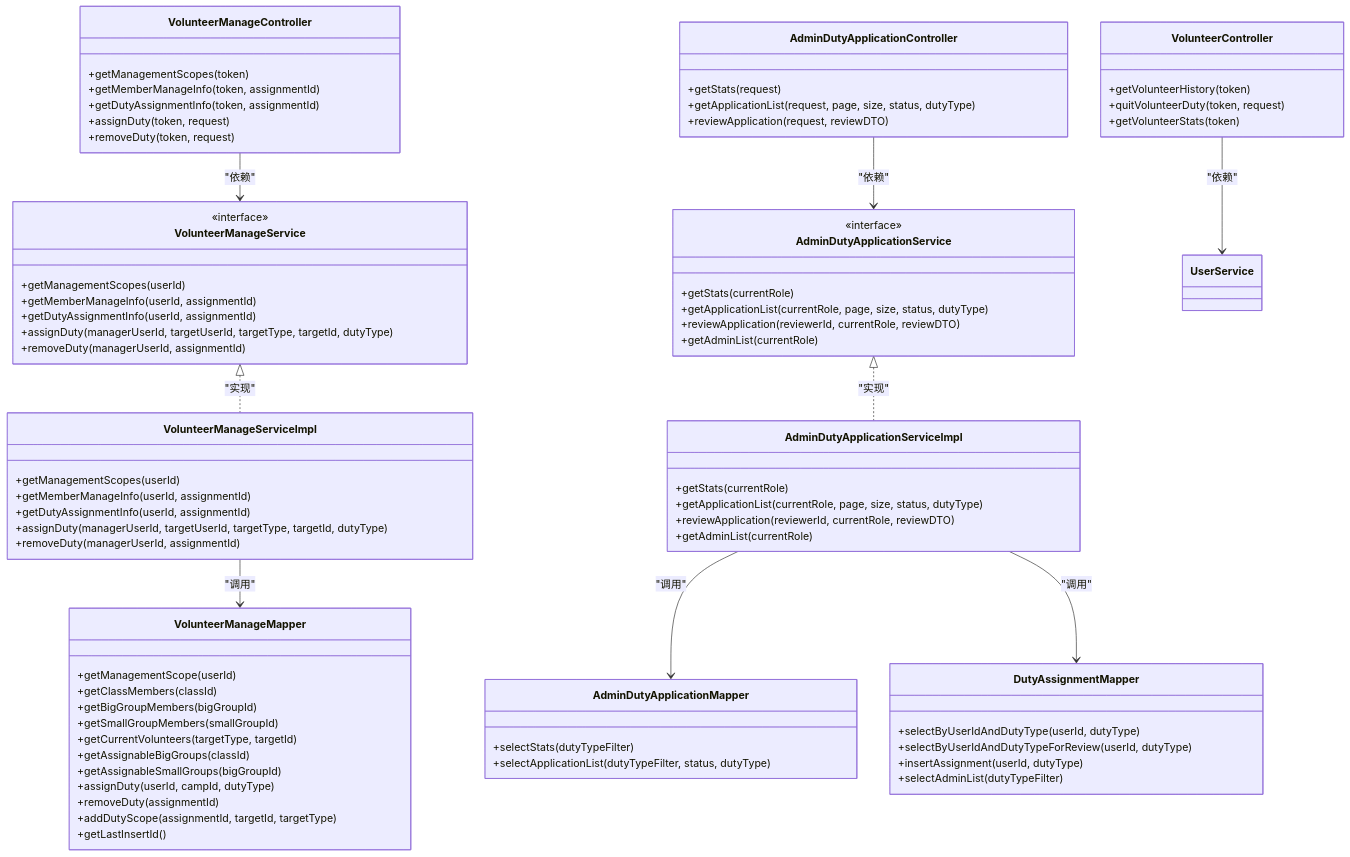
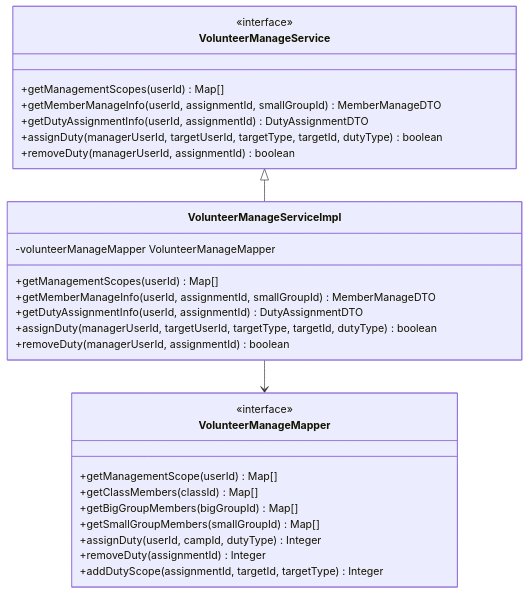
The third of 8 diagrams in .qoder/repowiki/zh/content/志愿者管理模块/志愿者管理模块.md (gaozihaowin/-), drawn with Mermaid before and after one commit. The commit also changed other lines of this file and 10 other files, not shown here.

````diff
--- a/.qoder/repowiki/zh/content/志愿者管理模块/志愿者管理模块.md
+++ b/.qoder/repowiki/zh/content/志愿者管理模块/志愿者管理模块.md
@@ -258,79 +178,31 @@
 ```mermaid
 classDiagram
-class VolunteerController {
-+getVolunteerHistory(token)
-+quitVolunteerDuty(token, request)
-+getVolunteerStats(token)
-}
-class VolunteerManageController {
-+getManagementScopes(token)
-+getMemberManageInfo(token, assignmentId)
-+getDutyAssignmentInfo(token, assignmentId)
-+assignDuty(token, request)
-+removeDuty(token, request)
-}
-class AdminDutyApplicationController {
-+getStats(request)
-+getApplicationList(request, page, size, status, dutyType)
-+reviewApplication(request, reviewDTO)
-}
 class VolunteerManageService {
 <<interface>>
-+getManagementScopes(userId)
-+getMemberManageInfo(userId, assignmentId)
-+getDutyAssignmentInfo(userId, assignmentId)
-+assignDuty(managerUserId, targetUserId, targetType, targetId, dutyType)
-+removeDuty(managerUserId, assignmentId)
++getManagementScopes(userId) Map[]
++getMemberManageInfo(userId, assignmentId, smallGroupId) MemberManageDTO
++getDutyAssignmentInfo(userId, assignmentId) DutyAssignmentDTO
++assignDuty(managerUserId, targetUserId, targetType, targetId, dutyType) boolean
++removeDuty(managerUserId, assignmentId) boolean
 }
 class VolunteerManageServiceImpl {
-+getManagementScopes(userId)
-+getMemberManageInfo(userId, assignmentId)
-+getDutyAssignmentInfo(userId, assignmentId)
-+assignDuty(managerUserId, targetUserId, targetType, targetId, dutyType)
-+removeDuty(managerUserId, assignmentId)
-}
-class AdminDutyApplicationService {
-<<interface>>
-+getStats(currentRole)
-+getApplicationList(currentRole, page, size, status, dutyType)
-+reviewApplication(reviewerId, currentRole, reviewDTO)
-+getAdminList(currentRole)
-}
-class AdminDutyApplicationServiceImpl {
-+getStats(currentRole)
-+getApplicationList(currentRole, page, size, status, dutyType)
-+reviewApplication(reviewerId, currentRole, reviewDTO)
-+getAdminList(currentRole)
+-volunteerManageMapper VolunteerManageMapper
++getManagementScopes(userId) Map[]
++getMemberManageInfo(userId, assignmentId, smallGroupId) MemberManageDTO
++getDutyAssignmentInfo(userId, assignmentId) DutyAssignmentDTO
++assignDuty(managerUserId, targetUserId, targetType, targetId, dutyType) boolean
++removeDuty(managerUserId, assignmentId) boolean
 }
 class VolunteerManageMapper {
-+getManagementScope(userId)
-+getClassMembers(classId)
-+getBigGroupMembers(bigGroupId)
-+getSmallGroupMembers(smallGroupId)
-+getCurrentVolunteers(targetType, targetId)
-+getAssignableBigGroups(classId)
-+getAssignableSmallGroups(bigGroupId)
-+assignDuty(userId, campId, dutyType)
-+removeDuty(assignmentId)
-+addDutyScope(assignmentId, targetId, targetType)
-+getLastInsertId()
+<<interface>>
++getManagementScope(userId) Map[]
++getClassMembers(classId) Map[]
++getBigGroupMembers(bigGroupId) Map[]
++getSmallGroupMembers(smallGroupId) Map[]
++assignDuty(userId, campId, dutyType) Integer
++removeDuty(assignmentId) Integer
++addDutyScope(assignmentId, targetId, targetType) Integer
 }
-class AdminDutyApplicationMapper {
-+selectStats(dutyTypeFilter)
-+selectApplicationList(dutyTypeFilter, status, dutyType)
-}
-class DutyAssignmentMapper {
-+selectByUserIdAndDutyType(userId, dutyType)
-+selectByUserIdAndDutyTypeForReview(userId, dutyType)
-+insertAssignment(userId, dutyType)
-+selectAdminList(dutyTypeFilter)
-}
-VolunteerController --> UserService : "依赖"
-VolunteerManageController --> VolunteerManageService : "依赖"
-AdminDutyApplicationController --> AdminDutyApplicationService : "依赖"
-VolunteerManageService <|.. VolunteerManageServiceImpl : "实现"
-AdminDutyApplicationService <|.. AdminDutyApplicationServiceImpl : "实现"
-VolunteerManageServiceImpl --> VolunteerManageMapper : "调用"
-AdminDutyApplicationServiceImpl --> AdminDutyApplicationMapper : "调用"
-AdminDutyApplicationServiceImpl --> DutyAssignmentMapper : "调用"
+VolunteerManageService <|-- VolunteerManageServiceImpl
+VolunteerManageServiceImpl --> VolunteerManageMapper
 ```
````
